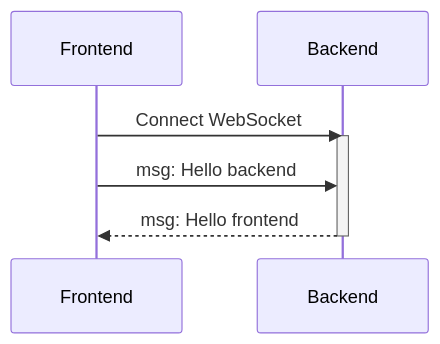
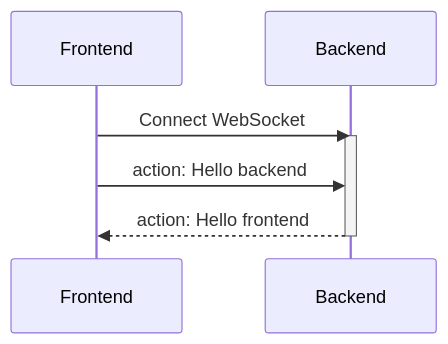
One commit to dentych/demic changed the first of 2 diagrams in README.md. Above: the diagram before and after it, drawn with Mermaid. The commit also changed 5 other files, not shown here.

````diff
--- a/README.md
+++ b/README.md
@@ -13,11 +13,11 @@
 ```mermaid
 sequenceDiagram
   participant F as Frontend
   participant B as Backend
 
   F->>B: Connect WebSocket
   activate B
-  F->>B: msg: Hello backend
-  B-->>F: msg: Hello frontend
+  F->>B: action: Hello backend
+  B-->>F: action: Hello frontend
   deactivate B
 ```
````
